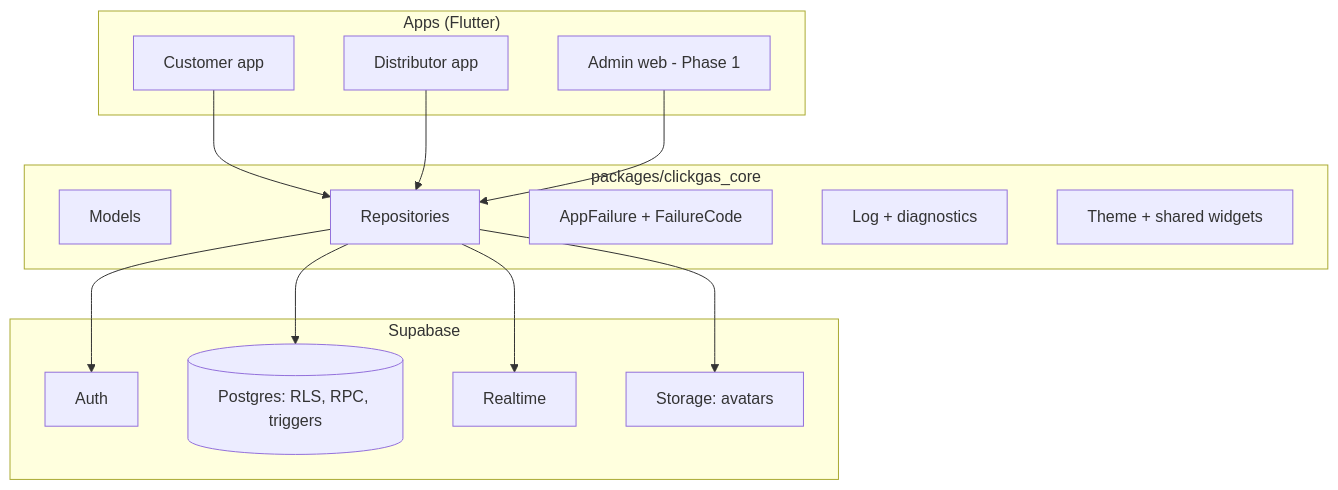
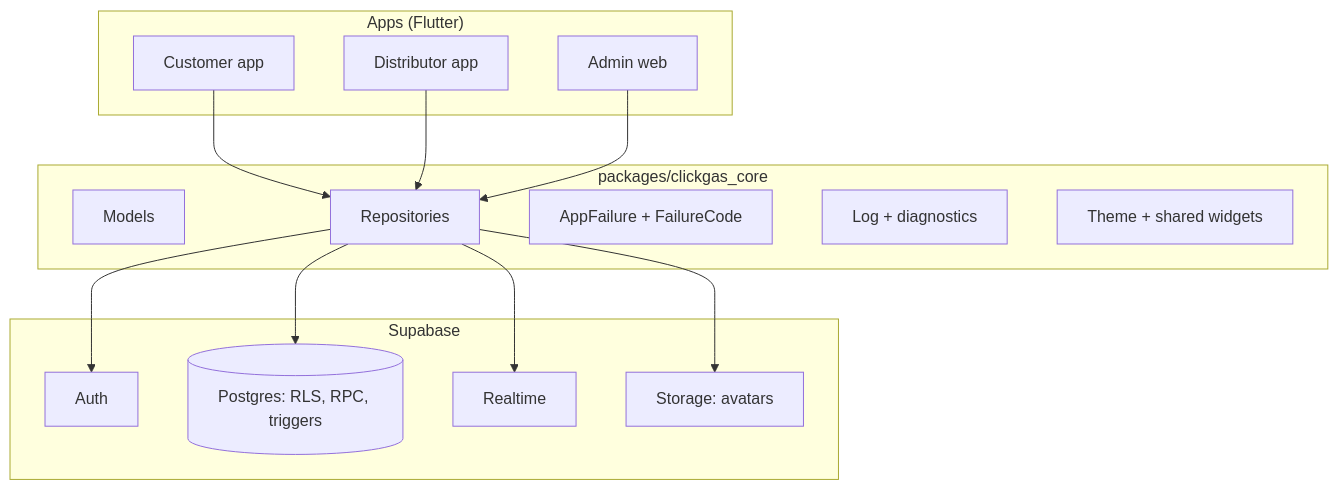
The first of 2 diagrams in docs/architecture.md (omar90900/ClickGas), drawn with Mermaid before and after one commit. The commit also changed other lines of this file and 72 other files, not shown here.

First line of the commit message:
feat: Phase 1 admin core - staff dashboard, roles, audit, approvals

````diff
--- a/docs/architecture.md
+++ b/docs/architecture.md
@@ -25,28 +25,28 @@
 ```mermaid
 flowchart TB
   subgraph Apps["Apps (Flutter)"]
     C[Customer app]
     D[Distributor app]
-    A[Admin web - Phase 1]
+    A[Admin web]
   end
   subgraph Core["packages/clickgas_core"]
     M[Models]
     R[Repositories]
     E[AppFailure + FailureCode]
     L[Log + diagnostics]
     T[Theme + shared widgets]
   end
   subgraph SB["Supabase"]
     AU[Auth]
     PG[(Postgres: RLS, RPC, triggers)]
     RT[Realtime]
     ST[Storage: avatars]
   end
   C --> R
   D --> R
   A --> R
   R --> AU
   R --> PG
   R --> RT
   R --> ST
 ```
````
